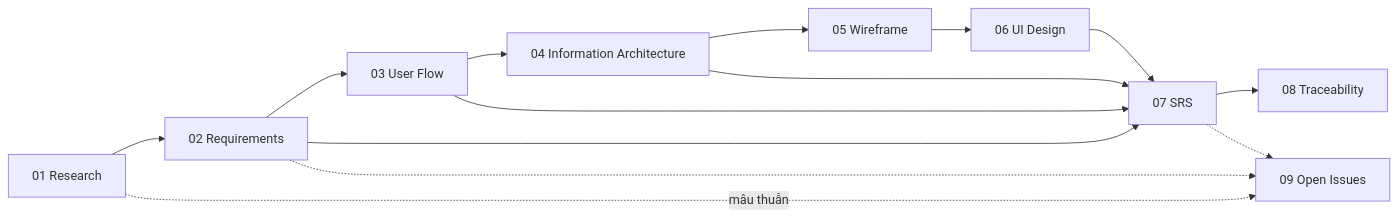
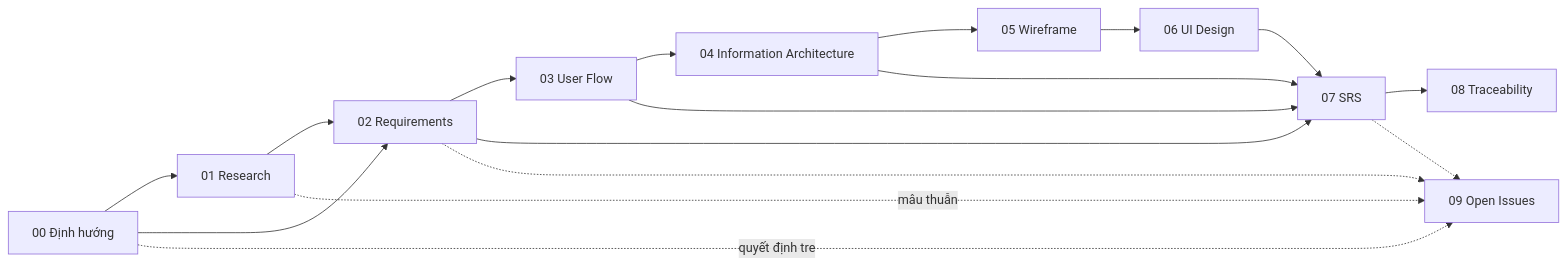
Before and after one commit to quang507/Nhadat.cc: the diagram in docs/README.md, drawn with Mermaid. The commit also changed other lines of this file and 84 other files, not shown here.

````diff
--- a/docs/README.md
+++ b/docs/README.md
@@ -7,16 +7,19 @@
 ```mermaid
 flowchart LR
+    D[00 Định hướng] --> R
+    D --> Q
+    D -.quyết định treo.-> O
     R[01 Research] --> Q[02 Requirements]
     Q --> UF[03 User Flow]
     UF --> IA[04 Information Architecture]
     IA --> WF[05 Wireframe]
     WF --> UI[06 UI Design]
     Q --> SRS[07 SRS]
     UF --> SRS
     IA --> SRS
     UI --> SRS
     SRS --> T[08 Traceability]
     R -.mâu thuẫn.-> O[09 Open Issues]
     Q -.-> O
     SRS -.-> O
 ```
````
